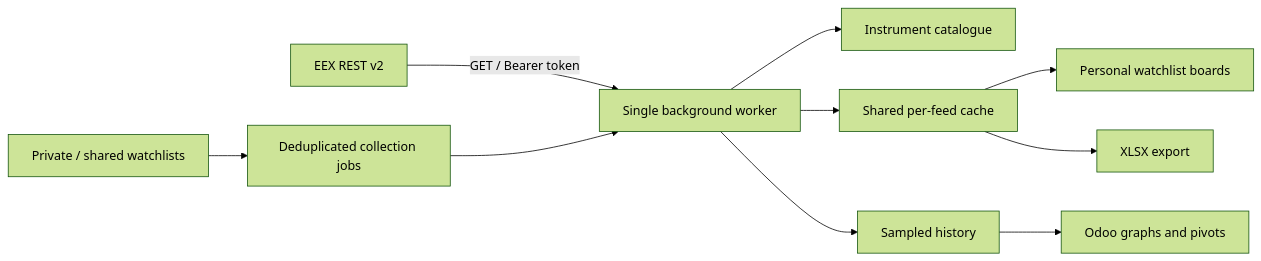
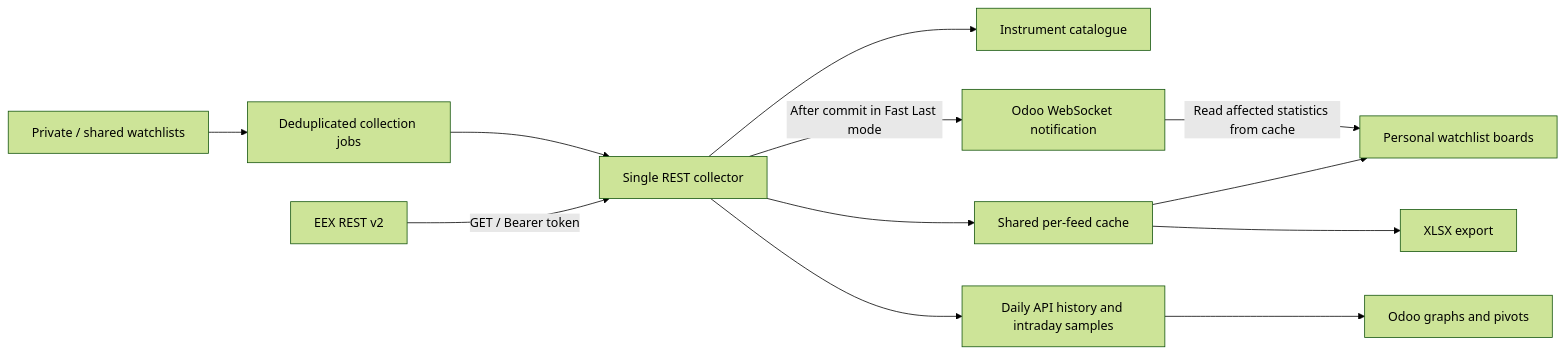
The diagram in docs/ARCHITECTURE.md (luanjubica/eex-gsa), drawn with Mermaid (forest theme) before and after one commit. The commit also changed other lines of this file and 24 other files, not shown here.

Commit message:
Improve EEX board parity and add Fast Last collection

````diff
--- a/docs/ARCHITECTURE.md
+++ b/docs/ARCHITECTURE.md
@@ -3,12 +3,14 @@
 ```mermaid
 flowchart LR
-    EEX[EEX REST v2] -->|GET / Bearer token| Worker[Single background worker]
+    EEX[EEX REST v2] -->|GET / Bearer token| Worker[Single REST collector]
     Worker --> Catalogue[Instrument catalogue]
     Worker --> Cache[Shared per-feed cache]
     Cache --> Board[Personal watchlist boards]
+    Worker -->|After commit in Fast Last mode| Bus[Odoo WebSocket notification]
+    Bus -->|Read affected statistics from cache| Board
     Cache --> Export[XLSX export]
-    Worker --> History[Sampled history]
+    Worker --> History[Daily API history and intraday samples]
     History --> Charts[Odoo graphs and pivots]
     Watchlists[Private / shared watchlists] --> Queue[Deduplicated collection jobs]
     Queue --> Worker
 ```
````
